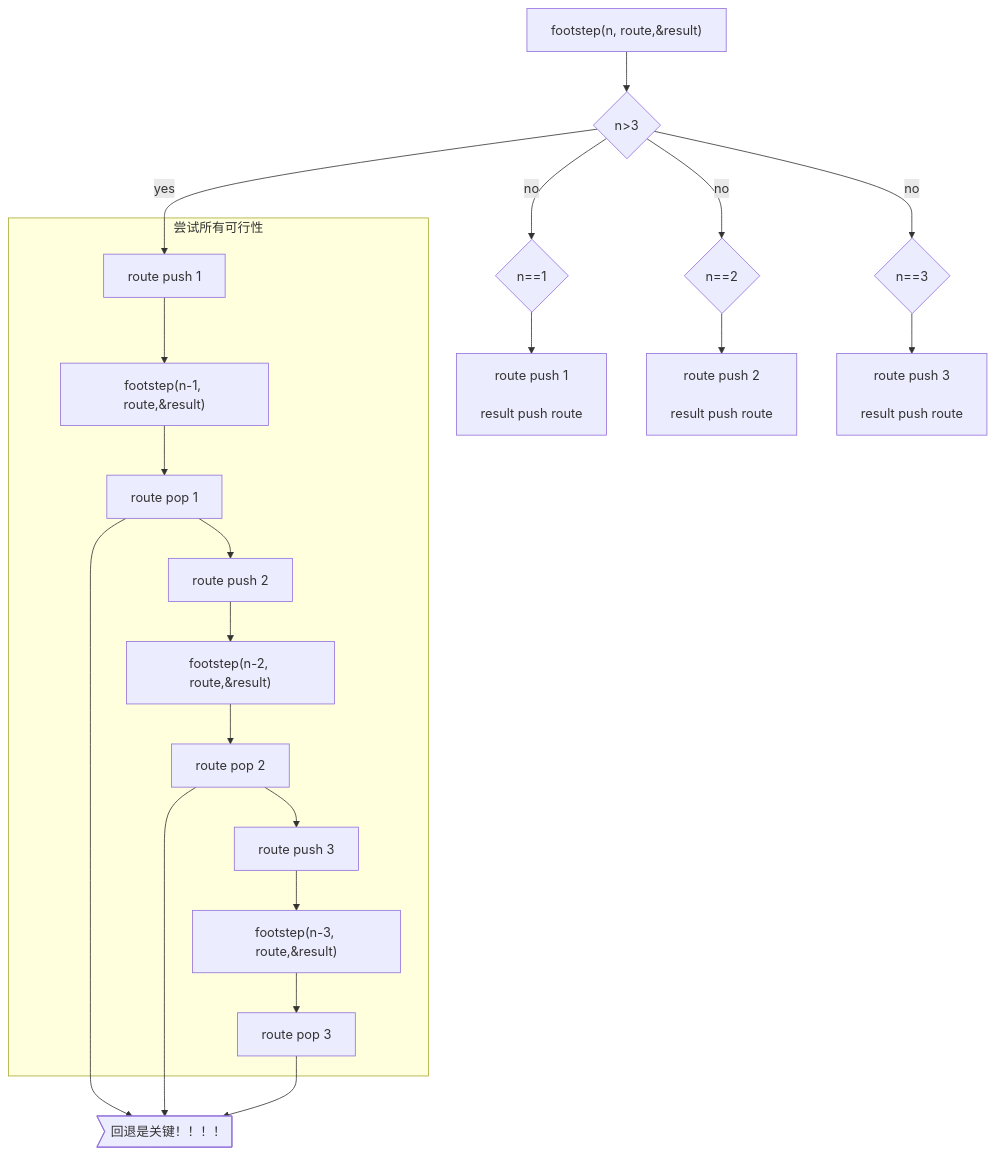
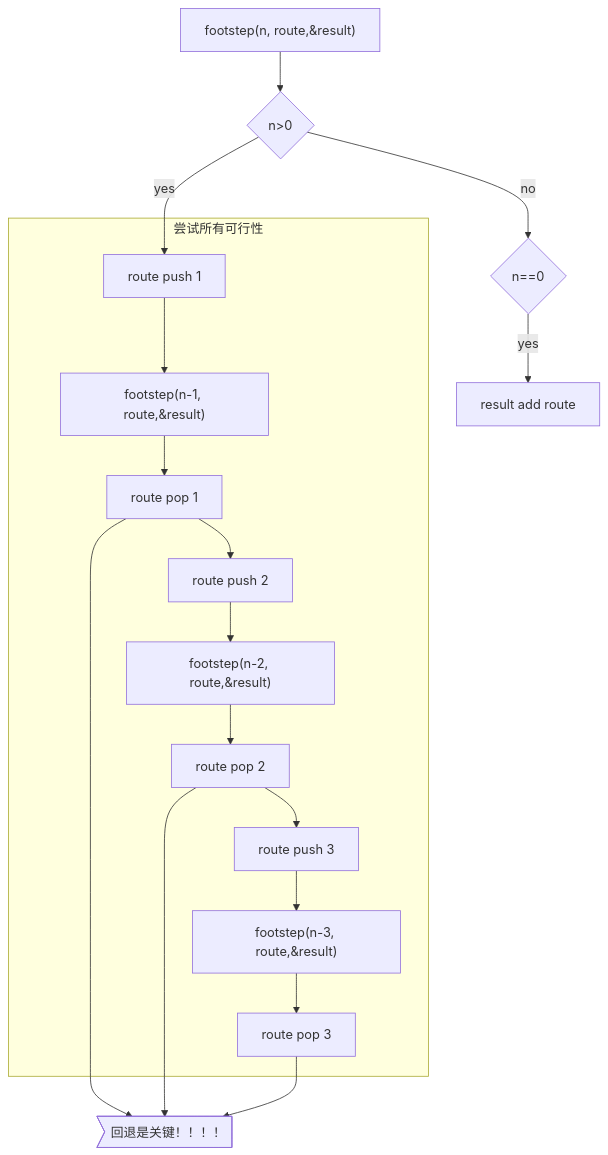
One commit to iguoya/algorithm changed the second of 2 diagrams in docs/algorithm/2-递归.md. Above: the diagram before and after it, drawn with Mermaid. The commit also changed other lines of this file and 2 other files, not shown here.

Commit message:
修正台阶问题流程图

````diff
--- a/docs/algorithm/2-递归.md
+++ b/docs/algorithm/2-递归.md
@@ -39,48 +51,32 @@
 ```mermaid
 graph TB
-qa["footstep(n, route,&result)"]
-ngt3{n>3}
+qa["footstep(n, route,&result)"]-->ngt3{n>0}
+p01["result add route"]
 
-qa-->ngt3
-p01["
-route push 1<br>
-result push route"]
-p02["
-route push 2<br>
-result push route"]
-p03["
-route push 3<br>
-result push route"]
 
 p11["footstep(n-1, route,&result)"]
 p12["footstep(n-2, route,&result)"]
 p13["footstep(n-3, route,&result)"]
-neq1{n==1}
-neq2{n==2}
-neq3{n==3}
 
 
 p21["route push 1"]
 p22["route push 2"]
 p23["route push 3"]
 
 p31["route pop 1"]
 p32["route pop 2"]
 p33["route pop 3"]
 
 note>"回退是关键！！！！"]
 subgraph 尝试所有可行性
-p21-->p11-->p31-->p22-->p12-->p32-->p23-->p13-->p33
-
+	p21-->p11-->p31-->p22-->p12-->p32-->p23-->p13-->p33
 end
 p31-->note
 p32-->note
 p33-->note
 
 ngt3-->|yes|p21
-ngt3-->|no|neq1-->p01
-ngt3-->|no|neq2-->p02
-ngt3-->|no|neq3-->p03
+ngt3-->|no|neq0{n==0}-->|yes|p01
 
 
 ```
````
